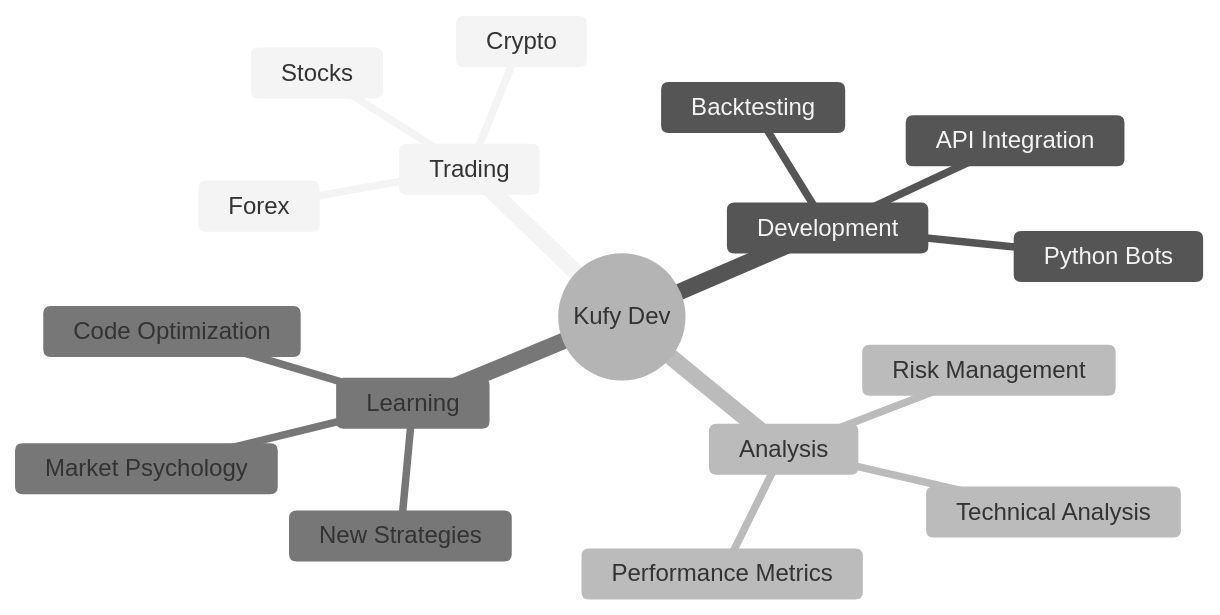
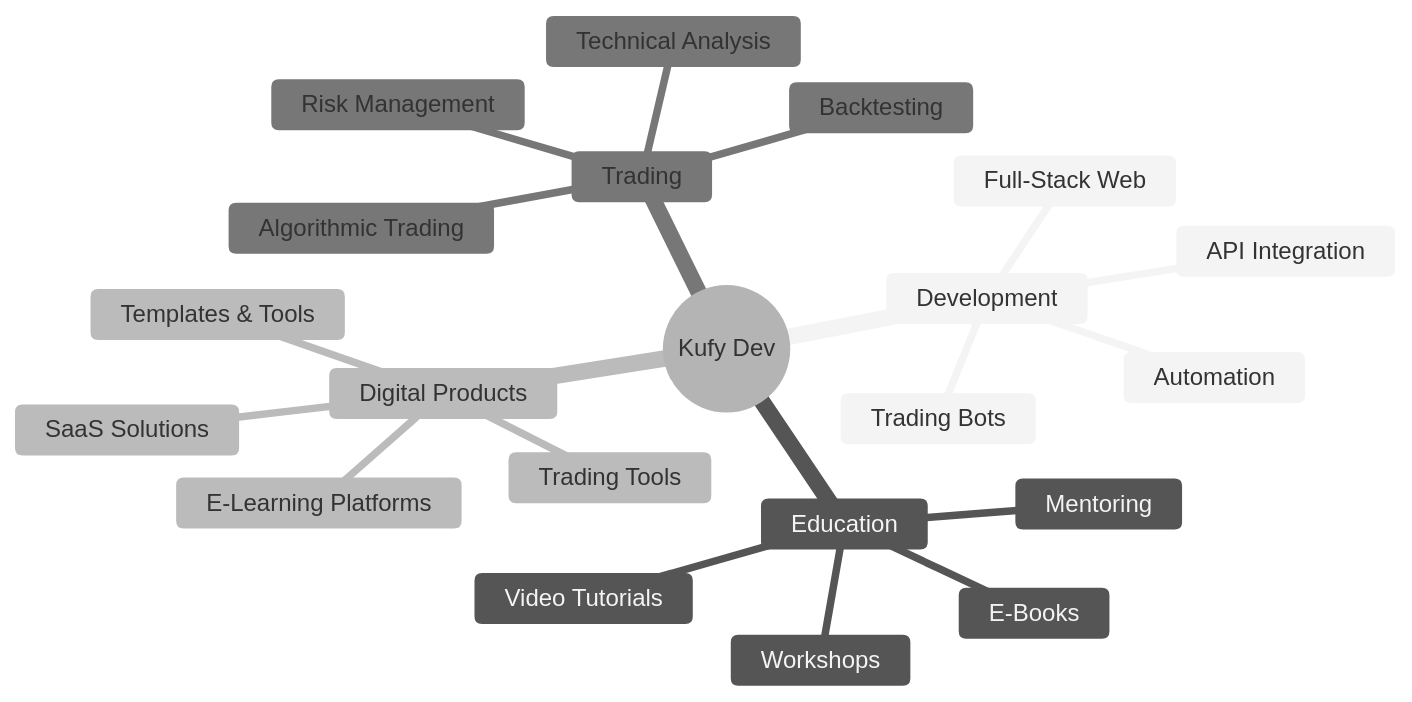
The diagram in README.md (kufy-dev/kufy-dev), drawn with Mermaid (neutral theme) before and after one commit. The commit also changed other lines of this file, not shown here.

````diff
--- a/README.md
+++ b/README.md
@@ -195,20 +333,24 @@
 ```mermaid
 mindmap
   root((Kufy Dev))
+    Development
+      Full-Stack Web
+      Trading Bots
+      Automation
+      API Integration
+    Education
+      Video Tutorials
+      E-Books
+      Mentoring
+      Workshops
+    Digital Products
+      SaaS Solutions
+      E-Learning Platforms
+      Trading Tools
+      Templates & Tools
     Trading
-      Crypto
-      Forex
-      Stocks
-    Development
-      Python Bots
-      Backtesting
-      API Integration
-    Analysis
+      Algorithmic Trading
       Technical Analysis
       Risk Management
-      Performance Metrics
-    Learning
-      New Strategies
-      Market Psychology
-      Code Optimization
+      Backtesting
 ```
````
